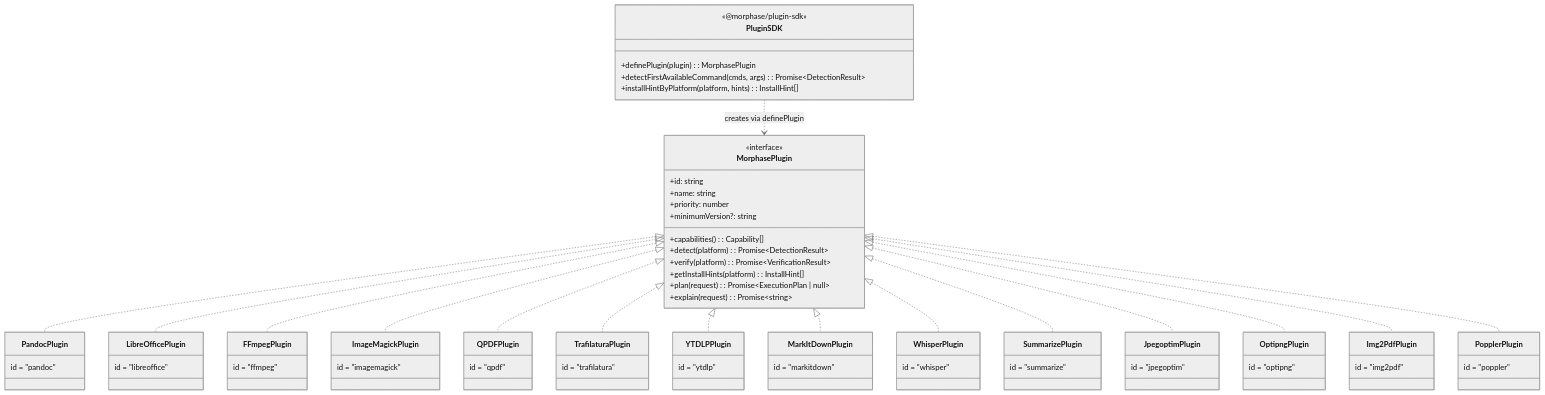
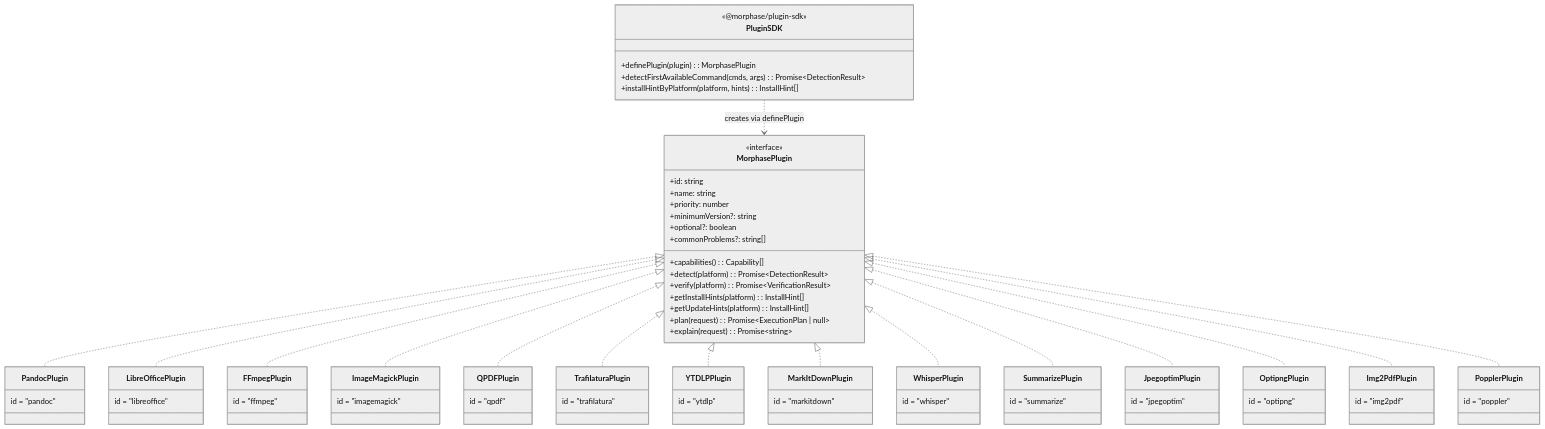
Before and after one commit to joeljstephen/morphase: the fourth of 7 diagrams in docs/architecture-diagrams.md, drawn with Mermaid (neutral theme). The commit also changed other lines of this file and 4 other files, not shown here.

````diff
--- a/docs/architecture-diagrams.md
+++ b/docs/architecture-diagrams.md
@@ -193,55 +194,58 @@
 ```mermaid
 classDiagram
     class MorphasePlugin {
         <<interface>>
         +id: string
         +name: string
         +priority: number
         +minimumVersion?: string
+        +optional?: boolean
+        +commonProblems?: string[]
         +capabilities(): Capability[]
         +detect(platform): Promise~DetectionResult~
         +verify(platform): Promise~VerificationResult~
         +getInstallHints(platform): InstallHint[]
+        +getUpdateHints(platform): InstallHint[]
         +plan(request): Promise~ExecutionPlan | null~
         +explain(request): Promise~string~
     }
 
     class PluginSDK {
         <<@morphase/plugin-sdk>>
         +definePlugin(plugin): MorphasePlugin
         +detectFirstAvailableCommand(cmds, args): Promise~DetectionResult~
         +installHintByPlatform(platform, hints): InstallHint[]
     }
 
     class PandocPlugin { id = "pandoc" }
     class LibreOfficePlugin { id = "libreoffice" }
     class FFmpegPlugin { id = "ffmpeg" }
     class ImageMagickPlugin { id = "imagemagick" }
     class QPDFPlugin { id = "qpdf" }
     class TrafilaturaPlugin { id = "trafilatura" }
     class YTDLPPlugin { id = "ytdlp" }
     class MarkItDownPlugin { id = "markitdown" }
     class WhisperPlugin { id = "whisper" }
     class SummarizePlugin { id = "summarize" }
     class JpegoptimPlugin { id = "jpegoptim" }
     class OptipngPlugin { id = "optipng" }
     class Img2PdfPlugin { id = "img2pdf" }
     class PopplerPlugin { id = "poppler" }
 
     PluginSDK ..> MorphasePlugin : creates via definePlugin
 
     MorphasePlugin <|.. PandocPlugin
     MorphasePlugin <|.. LibreOfficePlugin
     MorphasePlugin <|.. FFmpegPlugin
     MorphasePlugin <|.. ImageMagickPlugin
     MorphasePlugin <|.. QPDFPlugin
     MorphasePlugin <|.. TrafilaturaPlugin
     MorphasePlugin <|.. YTDLPPlugin
     MorphasePlugin <|.. MarkItDownPlugin
     MorphasePlugin <|.. WhisperPlugin
     MorphasePlugin <|.. SummarizePlugin
     MorphasePlugin <|.. JpegoptimPlugin
     MorphasePlugin <|.. OptipngPlugin
     MorphasePlugin <|.. Img2PdfPlugin
     MorphasePlugin <|.. PopplerPlugin
 ```
````
